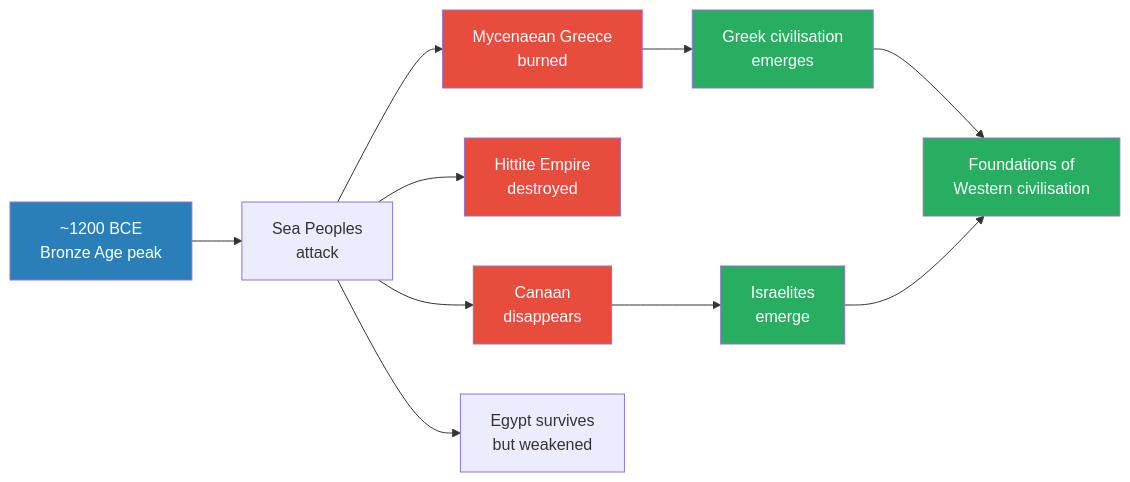
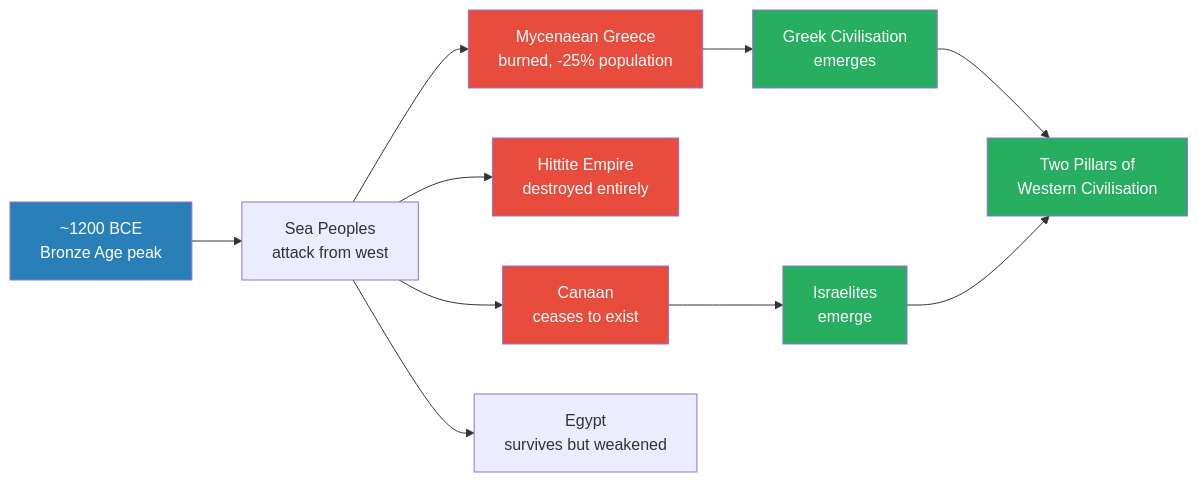
The second of 8 diagrams in summaries/Lectures/Civilization/06 - Elite Overproduction and the Bronze Age Collapse.md (alius33/reader), drawn with Mermaid before and after one commit. The commit also changed other lines of this file and 26 other files, not shown here.

````diff
--- a/summaries/Lectures/Civilization/06 - Elite Overproduction and the Bronze Age Collapse.md
+++ b/summaries/Lectures/Civilization/06 - Elite Overproduction and the Bronze Age Collapse.md
@@ -83,19 +115,19 @@
 ```mermaid
 flowchart LR
-    A["~1200 BCE<br/>Bronze Age peak"] --> B["Sea Peoples<br/>attack"]
-    B --> C["Mycenaean Greece<br/>burned"]
-    B --> D["Hittite Empire<br/>destroyed"]
-    B --> E["Canaan<br/>disappears"]
-    B --> F["Egypt survives<br/>but weakened"]
-    C --> G["Greek civilisation<br/>emerges"]
-    E --> H["Israelites<br/>emerge"]
-    G --> W["Foundations of<br/>Western civilisation"]
-    H --> W
+    A["~1200 BCE<br/>Bronze Age peak"] --> SP["Sea Peoples<br/>attack from west"]
+    SP --> MG["Mycenaean Greece<br/>burned, -25% population"]
+    SP --> HI["Hittite Empire<br/>destroyed entirely"]
+    SP --> CA["Canaan<br/>ceases to exist"]
+    SP --> EG["Egypt<br/>survives but weakened"]
+    MG --> GC["Greek Civilisation<br/>emerges"]
+    CA --> IS["Israelites<br/>emerge"]
+    GC --> WC["Two Pillars of<br/>Western Civilisation"]
+    IS --> WC
     style A fill:#2980b9,color:#fff
-    style C fill:#e74c3c,color:#fff
-    style D fill:#e74c3c,color:#fff
-    style E fill:#e74c3c,color:#fff
-    style G fill:#27ae60,color:#fff
-    style H fill:#27ae60,color:#fff
-    style W fill:#27ae60,color:#fff
+    style MG fill:#e74c3c,color:#fff
+    style HI fill:#e74c3c,color:#fff
+    style CA fill:#e74c3c,color:#fff
+    style GC fill:#27ae60,color:#fff
+    style IS fill:#27ae60,color:#fff
+    style WC fill:#27ae60,color:#fff
 ```
````
